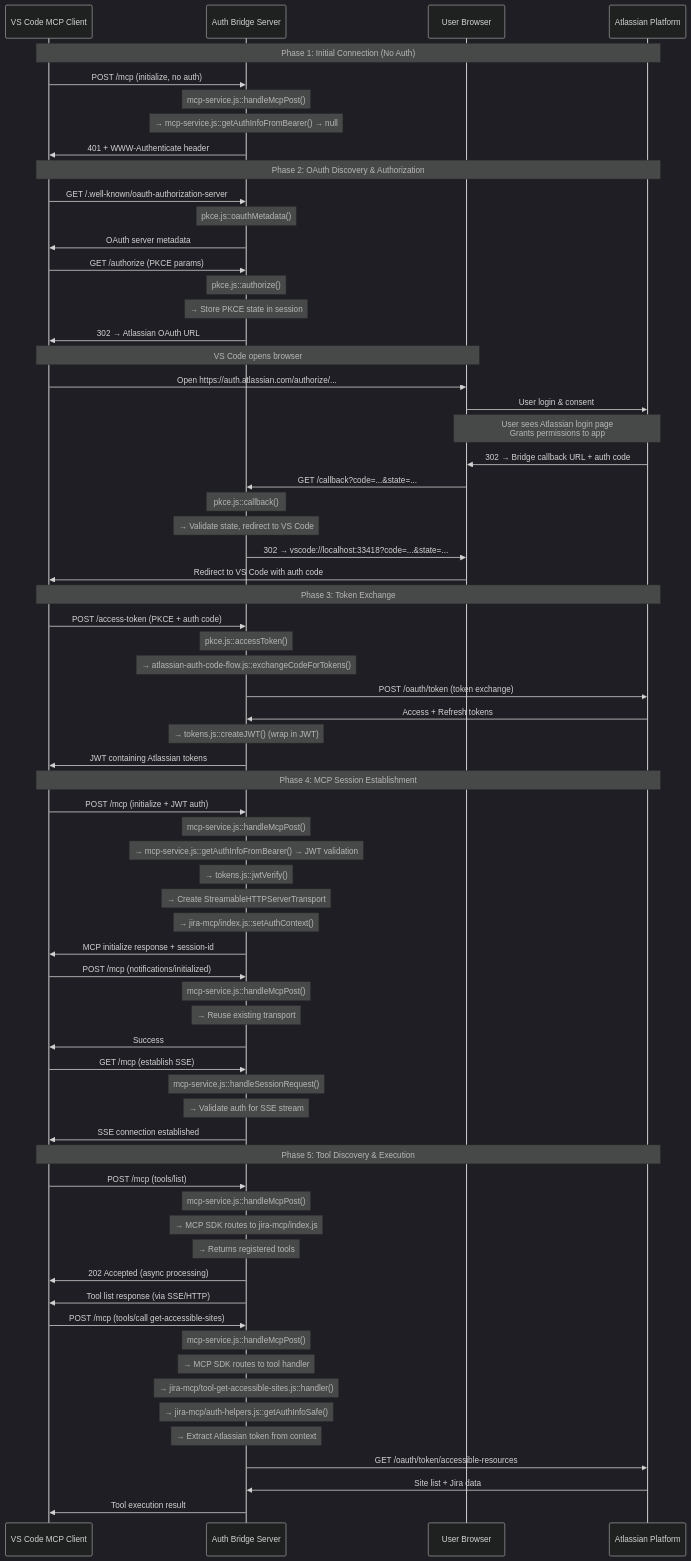
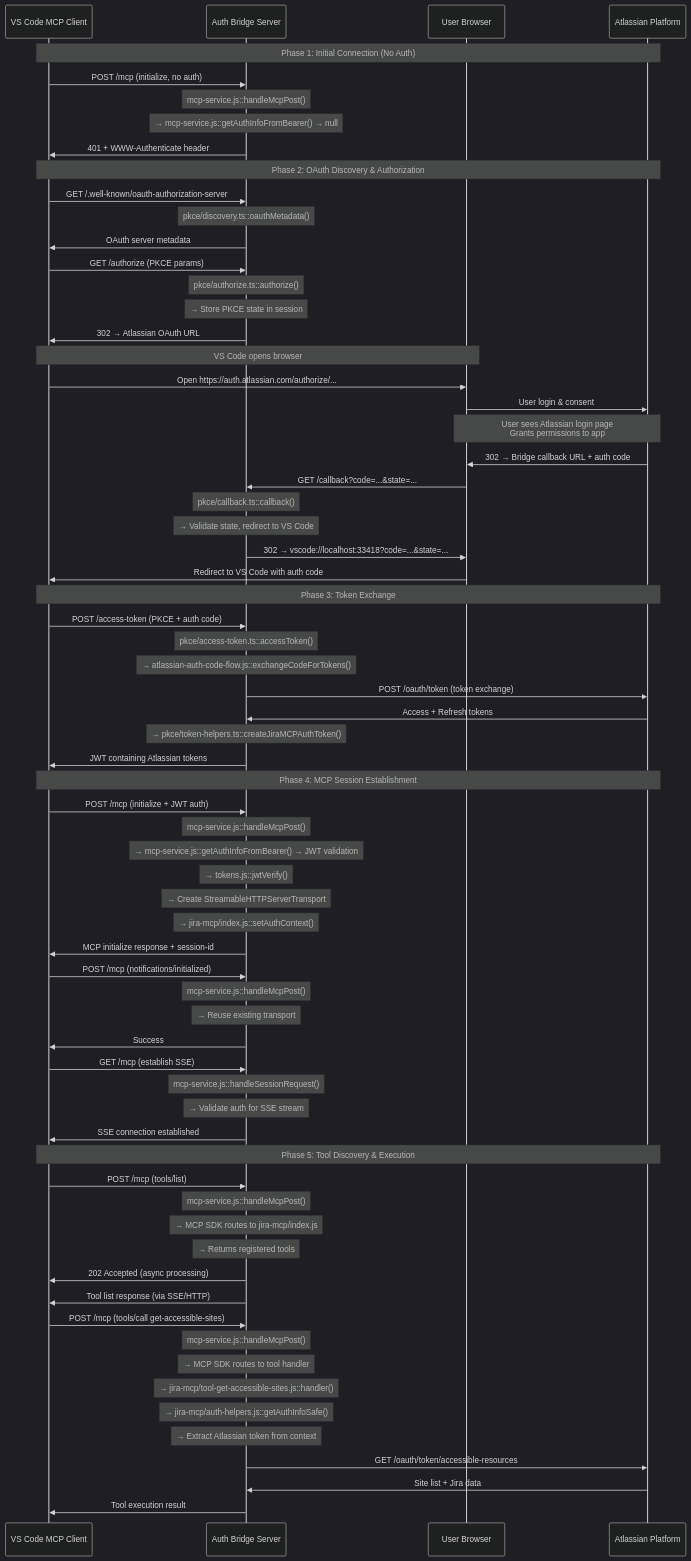
One commit to bitovi/cascade-mcp changed the diagram in specs/standards/connecting-to-tool-use/readme.md. Above: the diagram before and after it, drawn with Mermaid (dark theme). The commit also changed other lines of this file and 34 other files, not shown here.

````diff
--- a/specs/standards/connecting-to-tool-use/readme.md
+++ b/specs/standards/connecting-to-tool-use/readme.md
@@ -8,80 +8,80 @@
 ```mermaid
 sequenceDiagram
     participant VSCode as VS Code MCP Client
     participant Bridge as Auth Bridge Server
     participant Browser as User Browser
     participant Atlassian as Atlassian Platform
 
     Note over VSCode,Atlassian: Phase 1: Initial Connection (No Auth)
     VSCode->>Bridge: POST /mcp (initialize, no auth)
     Note over Bridge: mcp-service.js::handleMcpPost()
     Note over Bridge: → mcp-service.js::getAuthInfoFromBearer() → null
     Bridge->>VSCode: 401 + WWW-Authenticate header
 
     Note over VSCode,Atlassian: Phase 2: OAuth Discovery & Authorization
     VSCode->>Bridge: GET /.well-known/oauth-authorization-server
-    Note over Bridge: pkce.js::oauthMetadata()
+    Note over Bridge: pkce/discovery.ts::oauthMetadata()
     Bridge->>VSCode: OAuth server metadata
 
     VSCode->>Bridge: GET /authorize (PKCE params)
-    Note over Bridge: pkce.js::authorize()
+    Note over Bridge: pkce/authorize.ts::authorize()
     Note over Bridge: → Store PKCE state in session
     Bridge->>VSCode: 302 → Atlassian OAuth URL
 
     Note over VSCode,Browser: VS Code opens browser
     VSCode->>Browser: Open https://auth.atlassian.com/authorize/...
     Browser->>Atlassian: User login & consent
     Note over Browser,Atlassian: User sees Atlassian login page<br/>Grants permissions to app
     Atlassian->>Browser: 302 → Bridge callback URL + auth code
     Browser->>Bridge: GET /callback?code=...&state=...
-    Note over Bridge: pkce.js::callback()
+    Note over Bridge: pkce/callback.ts::callback()
     Note over Bridge: → Validate state, redirect to VS Code
     Bridge->>Browser: 302 → vscode://localhost:33418?code=...&state=...
     Browser->>VSCode: Redirect to VS Code with auth code
 
     Note over VSCode,Atlassian: Phase 3: Token Exchange
     VSCode->>Bridge: POST /access-token (PKCE + auth code)
-    Note over Bridge: pkce.js::accessToken()
+    Note over Bridge: pkce/access-token.ts::accessToken()
     Note over Bridge: → atlassian-auth-code-flow.js::exchangeCodeForTokens()
     Bridge->>Atlassian: POST /oauth/token (token exchange)
     Atlassian->>Bridge: Access + Refresh tokens
-    Note over Bridge: → tokens.js::createJWT() (wrap in JWT)
+    Note over Bridge: → pkce/token-helpers.ts::createJiraMCPAuthToken()
     Bridge->>VSCode: JWT containing Atlassian tokens
 
     Note over VSCode,Atlassian: Phase 4: MCP Session Establishment
     VSCode->>Bridge: POST /mcp (initialize + JWT auth)
     Note over Bridge: mcp-service.js::handleMcpPost()
     Note over Bridge: → mcp-service.js::getAuthInfoFromBearer() → JWT validation
     Note over Bridge: → tokens.js::jwtVerify()
     Note over Bridge: → Create StreamableHTTPServerTransport
     Note over Bridge: → jira-mcp/index.js::setAuthContext()
     Bridge->>VSCode: MCP initialize response + session-id
 
     VSCode->>Bridge: POST /mcp (notifications/initialized)
     Note over Bridge: mcp-service.js::handleMcpPost()
     Note over Bridge: → Reuse existing transport
     Bridge->>VSCode: Success
 
     VSCode->>Bridge: GET /mcp (establish SSE)
     Note over Bridge: mcp-service.js::handleSessionRequest()
     Note over Bridge: → Validate auth for SSE stream
     Bridge->>VSCode: SSE connection established
 
     Note over VSCode,Atlassian: Phase 5: Tool Discovery & Execution
     VSCode->>Bridge: POST /mcp (tools/list)
     Note over Bridge: mcp-service.js::handleMcpPost()
     Note over Bridge: → MCP SDK routes to jira-mcp/index.js
     Note over Bridge: → Returns registered tools
     Bridge->>VSCode: 202 Accepted (async processing)
     Bridge->>VSCode: Tool list response (via SSE/HTTP)
 
     VSCode->>Bridge: POST /mcp (tools/call get-accessible-sites)
     Note over Bridge: mcp-service.js::handleMcpPost()
     Note over Bridge: → MCP SDK routes to tool handler
     Note over Bridge: → jira-mcp/tool-get-accessible-sites.js::handler()
     Note over Bridge: → jira-mcp/auth-helpers.js::getAuthInfoSafe()
     Note over Bridge: → Extract Atlassian token from context
     Bridge->>Atlassian: GET /oauth/token/accessible-resources
     Atlassian->>Bridge: Site list + Jira data
     Bridge->>VSCode: Tool execution result
 ```
````
